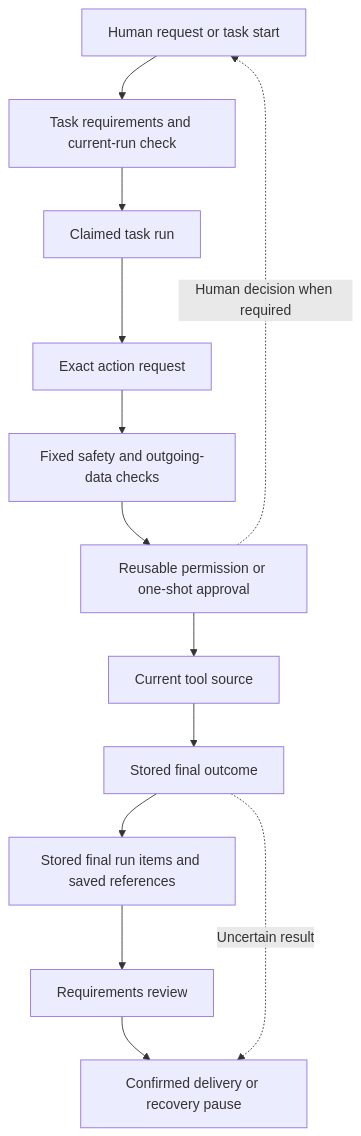
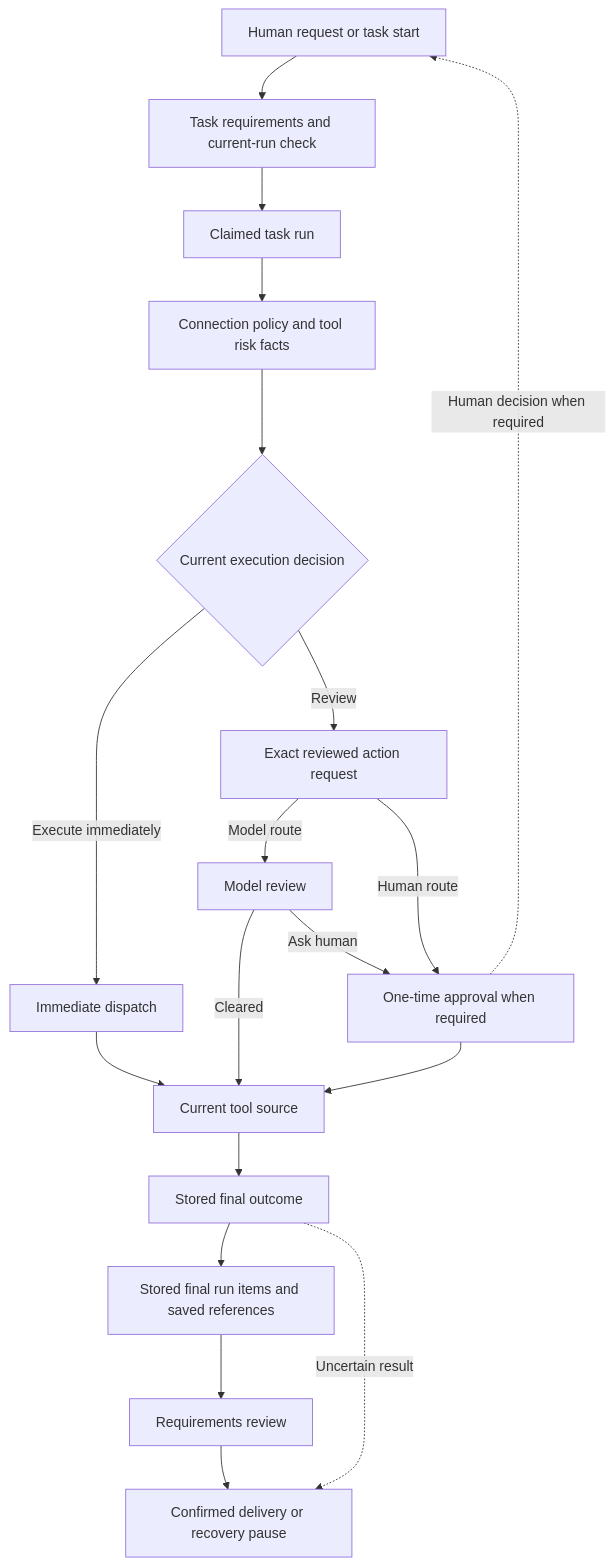
Diagram 26 of 26 in docs/superpowers/plans/2026-08-08-noema-practical-reliability-roadmap.md (kpsuperplane/Noema), drawn with Mermaid before and after one commit. The commit also changed other lines of this file, not shown here.

Commit message:
docs: ground reliability roadmap in current execution paths

````diff
--- a/docs/superpowers/plans/2026-08-08-noema-practical-reliability-roadmap.md
+++ b/docs/superpowers/plans/2026-08-08-noema-practical-reliability-roadmap.md
@@ -1667,18 +1427,29 @@
 ```mermaid
 flowchart TD
     H["Human request or task start"]
     T["Task requirements and current-run check"]
     R["Claimed task run"]
-    A["Exact action request"]
-    P["Fixed safety and outgoing-data checks"]
-    G["Reusable permission or one-shot approval"]
+    P["Connection policy and tool risk facts"]
+    X{"Current execution decision"}
+    I["Immediate dispatch"]
+    A["Exact reviewed action request"]
+    M["Model review"]
+    G["One-time approval when required"]
     C["Current tool source"]
     O["Stored final outcome"]
     E["Stored final run items and saved references"]
     V["Requirements review"]
     D["Confirmed delivery or recovery pause"]
 
-    H --> T --> R --> A --> P --> G --> C --> O --> E --> V --> D
+    H --> T --> R --> P --> X
+    X -->|Execute immediately| I --> C
+    X -->|Review| A
+    A -->|Model route| M
+    A -->|Human route| G
+    M -->|Cleared| C
+    M -->|Ask human| G
+    G --> C
+    C --> O --> E --> V --> D
     G -.->|Human decision when required| H
     O -.->|Uncertain result| D
 ```
````
